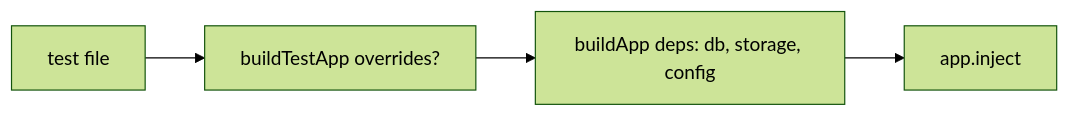
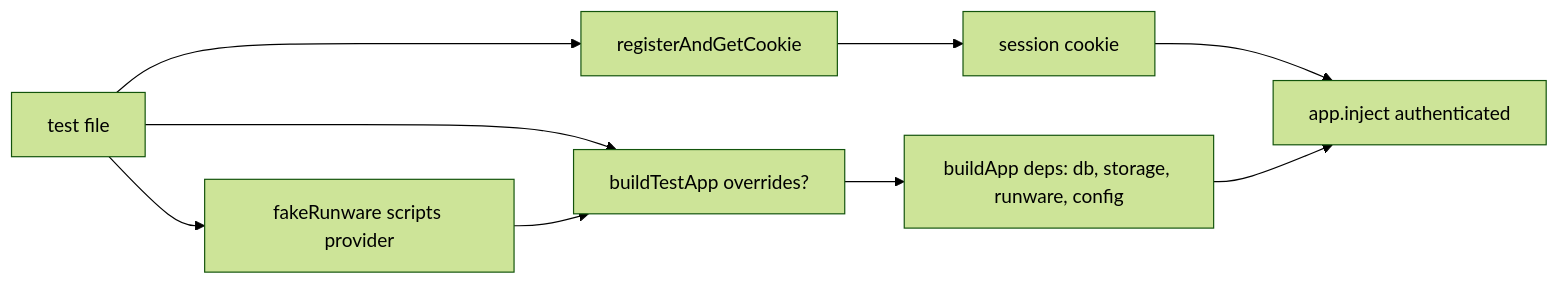
Before and after one commit to AzamatRaimbekov2/openCreate: the diagram in apps/api/test/helpers/build-test-app.ts.md, drawn with Mermaid (forest theme). The commit also changed other lines of this file and 8 other files, not shown here.

````diff
--- a/apps/api/test/helpers/build-test-app.ts.md
+++ b/apps/api/test/helpers/build-test-app.ts.md
@@ -19,4 +23,10 @@
 ```mermaid
 flowchart LR
-  T[test file] --> H[buildTestApp overrides?] --> A[buildApp deps: db, storage, config] --> I[app.inject]
+  T[test file] --> F[fakeRunware scripts provider]
+  T --> H[buildTestApp overrides?]
+  F --> H
+  H --> A[buildApp deps: db, storage, runware, config]
+  T --> R[registerAndGetCookie] --> C[session cookie]
+  C --> I[app.inject authenticated]
+  A --> I
 ```
````
